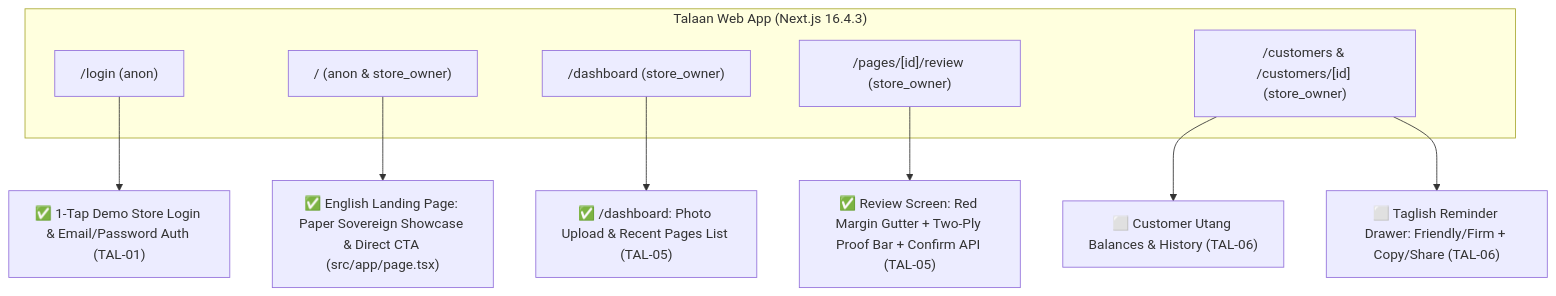
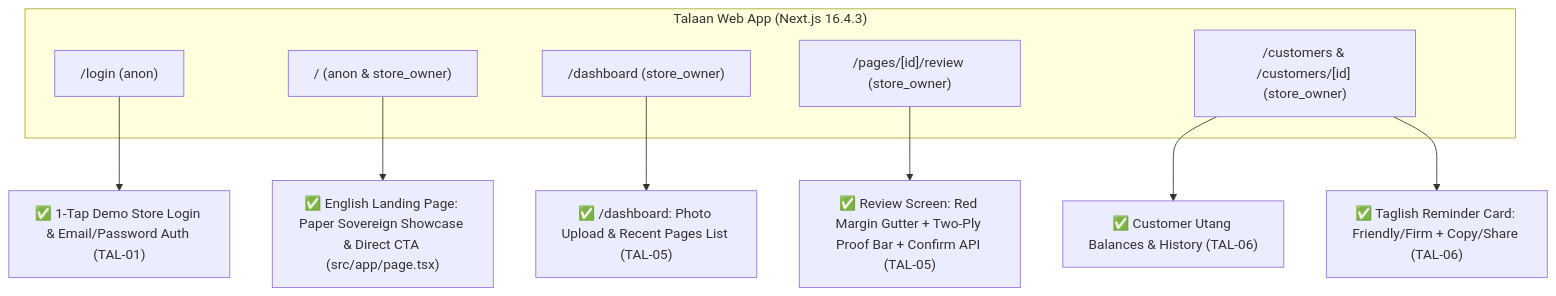
Before and after one commit to ejay-detera/talaan: the first of 5 diagrams in docs/flow.md, drawn with Mermaid. The commit also changed other lines of this file and 31 other files, not shown here.

````diff
--- a/docs/flow.md
+++ b/docs/flow.md
@@ -23,16 +23,16 @@
 ```mermaid
 flowchart TB
   subgraph app ["Talaan Web App (Next.js 16.4.3)"]
     S0["/login (anon)"]
     S1["/ (anon & store_owner)"]
     S1b["/dashboard (store_owner)"]
     S2["/pages/[id]/review (store_owner)"]
     S3["/customers & /customers/[id] (store_owner)"]
   end
   S0 --> A1["✅ 1-Tap Demo Store Login & Email/Password Auth (TAL-01)"]
   S1 --> B1["✅ English Landing Page: Paper Sovereign Showcase & Direct CTA (src/app/page.tsx)"]
   S1b --> B2["✅ /dashboard: Photo Upload & Recent Pages List (TAL-05)"]
   S2 --> C1["✅ Review Screen: Red Margin Gutter + Two-Ply Proof Bar + Confirm API (TAL-05)"]
-  S3 --> D1["⬜ Customer Utang Balances & History (TAL-06)"]
-  S3 --> D2["⬜ Taglish Reminder Drawer: Friendly/Firm + Copy/Share (TAL-06)"]
+  S3 --> D1["✅ Customer Utang Balances & History (TAL-06)"]
+  S3 --> D2["✅ Taglish Reminder Card: Friendly/Firm + Copy/Share (TAL-06)"]
 ```
````
